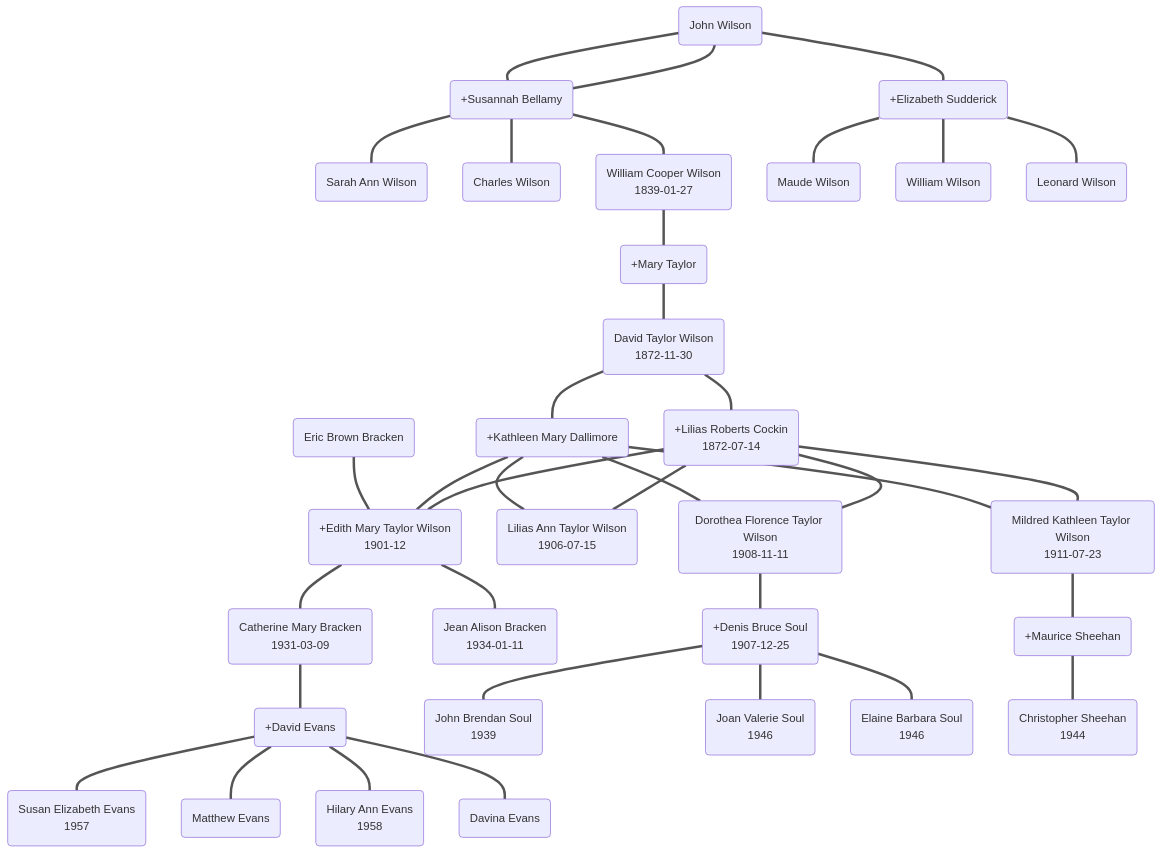
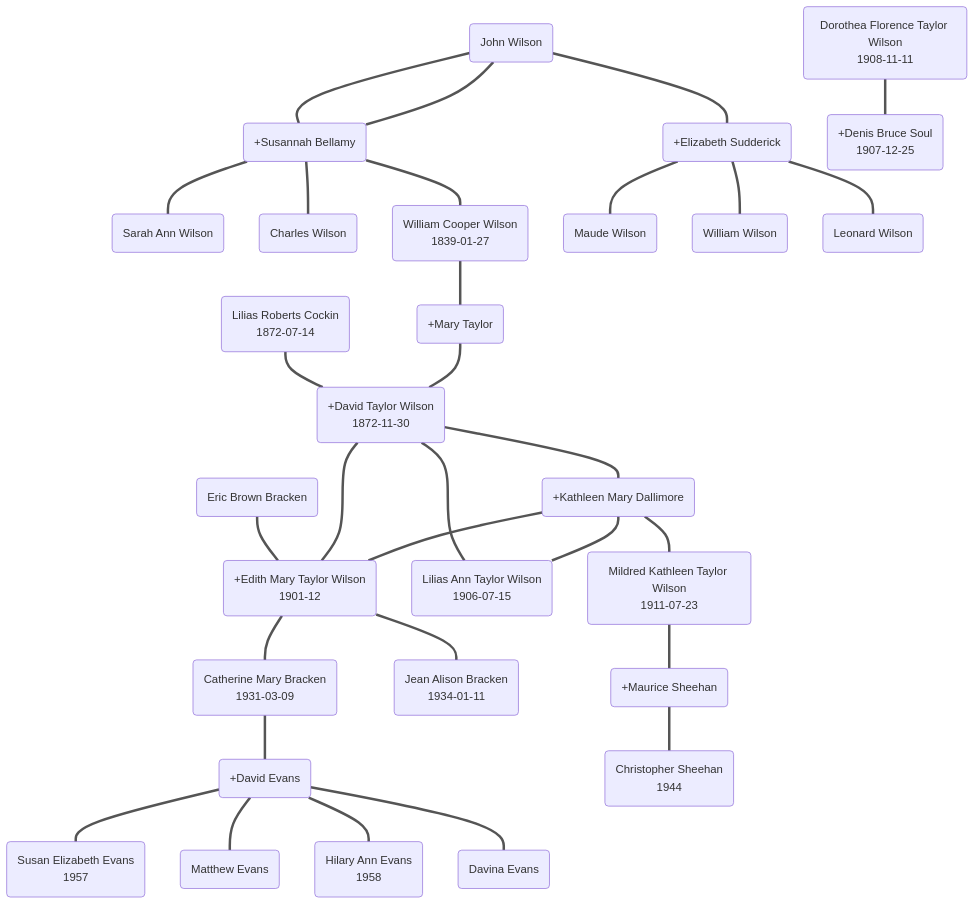
One commit to soul-family/family-tree changed the diagram in src-content/branch/diagrams/wilson.md. Above: the diagram before and after it, drawn with Mermaid. The commit also changed 36 other files, not shown here.

````diff
--- a/src-content/branch/diagrams/wilson.md
+++ b/src-content/branch/diagrams/wilson.md
@@ -3,40 +3,34 @@
 ```mermaid
 flowchart TD
     john_wilson(John Wilson) === susannah_bellamy(+Susannah Bellamy)
-    susannah_bellamy === sarah_ann_wilson(Sarah Ann Wilson)
+    susannah_bellamy === sarah_wilson(Sarah Ann Wilson)
     susannah_bellamy === john_wilson
     susannah_bellamy === charles_wilson(Charles Wilson)
-    susannah_bellamy === william_cooper_wilson(William Cooper Wilson<br/>1839-01-27)
+    susannah_bellamy === 1839_william_wilson(William Cooper Wilson<br/>1839-01-27)
     john_wilson === elizabeth_sudderick(+Elizabeth Sudderick)
     elizabeth_sudderick === maude_wilson(Maude Wilson)
     elizabeth_sudderick === william_wilson(William Wilson)
     elizabeth_sudderick === leonard_wilson(Leonard Wilson)
-    william_cooper_wilson === mary_taylor(+Mary Taylor)
-    mary_taylor === 1872_david_taylor_wilson(David Taylor Wilson<br/>1872-11-30)
-    1872_david_taylor_wilson === 1872_lilias_roberts_cockin(+Lilias Roberts Cockin<br/>1872-07-14)
-    1872_lilias_roberts_cockin === 1901_edith_mary_taylor_wilson(Edith Mary Taylor Wilson<br/>1901-12)
-    1872_lilias_roberts_cockin === 1906_lilias_ann_taylor_wilson(Lilias Ann Taylor Wilson<br/>1906-07-15)
-    1872_lilias_roberts_cockin === 1908_dorothea_florence_taylor_wilson(Dorothea Florence Taylor Wilson<br/>1908-11-11)
-    1872_lilias_roberts_cockin === 1911_mildred_kathleen_taylor_wilson(Mildred Kathleen Taylor Wilson<br/>1911-07-23)
-    1872_david_taylor_wilson === kathleen_mary_dallimore(+Kathleen Mary Dallimore)
-    kathleen_mary_dallimore === 1901_edith_mary_taylor_wilson
-    kathleen_mary_dallimore === 1906_lilias_ann_taylor_wilson
-    kathleen_mary_dallimore === 1908_dorothea_florence_taylor_wilson
-    kathleen_mary_dallimore === 1911_mildred_kathleen_taylor_wilson
-    eric_brown_bracken(Eric Brown Bracken) === 1901_edith_mary_taylor_wilson(+Edith Mary Taylor Wilson<br/>1901-12)
-    1901_edith_mary_taylor_wilson === 1931_catherine_mary_bracken(Catherine Mary Bracken<br/>1931-03-09)
-    1901_edith_mary_taylor_wilson === 1934_jean_alison_bracken(Jean Alison Bracken<br/>1934-01-11)
-    1931_catherine_mary_bracken === david_evans(+David Evans)
-    david_evans === 1957_susan_elizabeth_evans(Susan Elizabeth Evans<br/>1957)
+    1839_william_wilson === mary_taylor(+Mary Taylor)
+    mary_taylor === 1872_david_wilson(David Taylor Wilson<br/>1872-11-30)
+    1872_david_wilson === kathleen_dallimore(+Kathleen Mary Dallimore)
+    kathleen_dallimore === 1901_edith_wilson(Edith Mary Taylor Wilson<br/>1901-12)
+    kathleen_dallimore === 1906_lilias_wilson(Lilias Ann Taylor Wilson<br/>1906-07-15)
+    kathleen_dallimore === 1911_mildred_wilson(Mildred Kathleen Taylor Wilson<br/>1911-07-23)
+    1872_lilias_roberts_cockin(Lilias Roberts Cockin<br/>1872-07-14) === 1872_david_wilson(+David Taylor Wilson<br/>1872-11-30)
+    1872_david_wilson === 1901_edith_wilson
+    1872_david_wilson === 1906_lilias_wilson
+    eric_bracken(Eric Brown Bracken) === 1901_edith_wilson(+Edith Mary Taylor Wilson<br/>1901-12)
+    1901_edith_wilson === 1931_catherine_bracken(Catherine Mary Bracken<br/>1931-03-09)
+    1901_edith_wilson === 1934_jean_bracken(Jean Alison Bracken<br/>1934-01-11)
+    1931_catherine_bracken === david_evans(+David Evans)
+    david_evans === 1957_susan_evans(Susan Elizabeth Evans<br/>1957)
     david_evans === matthew_evans(Matthew Evans)
-    david_evans === 1958_hilary_ann_evans(Hilary Ann Evans<br/>1958)
+    david_evans === 1958_hilary_evans(Hilary Ann Evans<br/>1958)
     david_evans === davina_evans(Davina Evans)
-    1908_dorothea_florence_taylor_wilson === 1907_denis_bruce_soul(+Denis Bruce Soul<br/>1907-12-25)
-    1907_denis_bruce_soul === 1939_john_brendan_soul(John Brendan Soul<br/>1939)
-    1907_denis_bruce_soul === 1946_joan_valerie_soul(Joan Valerie Soul<br/>1946)
-    1907_denis_bruce_soul === 1946_elaine_barbara_soul(Elaine Barbara Soul<br/>1946)
-    1911_mildred_kathleen_taylor_wilson === maurice_sheehan(+Maurice Sheehan)
+    1908_dorothea_florence_taylor_wilson(Dorothea Florence Taylor Wilson<br/>1908-11-11) === 1907_denis_soul(+Denis Bruce Soul<br/>1907-12-25)
+    1911_mildred_wilson === maurice_sheehan(+Maurice Sheehan)
     maurice_sheehan === 1944_christopher_sheehan(Christopher Sheehan<br/>1944)
 
     linkStyle default stroke:#555
 ```
````
